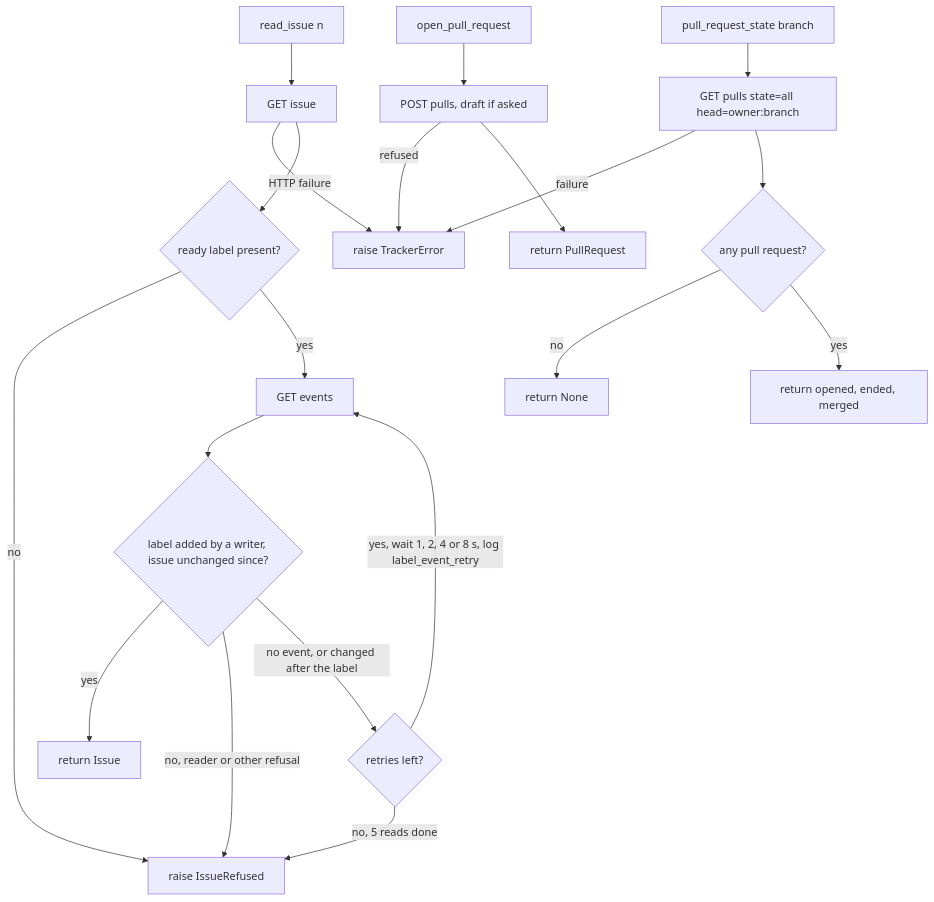
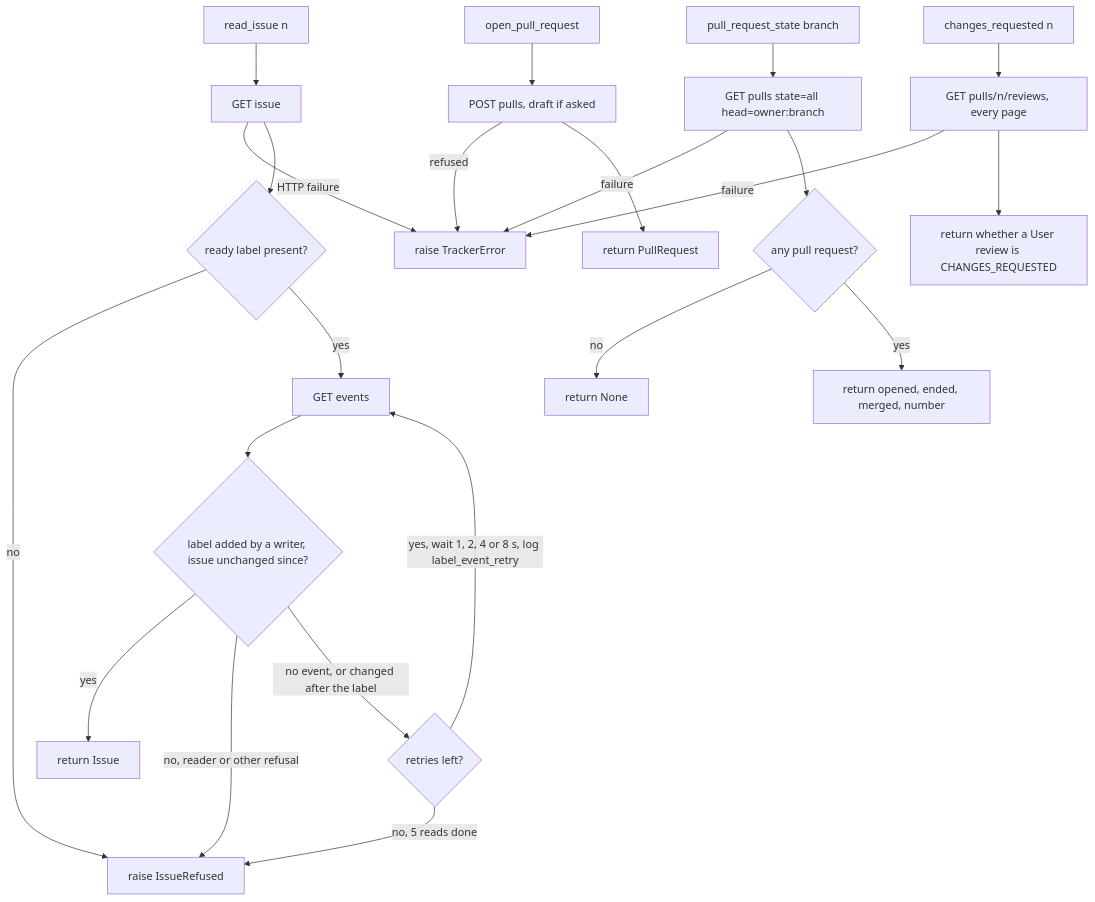
One commit to plaplanche/ariane changed the first of 3 diagrams in docs/architecture/modules/github.md. Above: the diagram before and after it, drawn with Mermaid. The commit also changed other lines of this file and 34 other files, not shown here.

````diff
--- a/docs/architecture/modules/github.md
+++ b/docs/architecture/modules/github.md
@@ -22,22 +23,25 @@
 ```mermaid
 flowchart TD
   A[read_issue n] --> B[GET issue]
   B -- HTTP failure --> X[raise TrackerError]
   B --> C{ready label present?}
   C -- no --> Y[raise IssueRefused]
   C -- yes --> R[GET events]
   R --> D{label added by a writer, issue unchanged since?}
   D -- yes --> E[return Issue]
   D -- no, reader or other refusal --> Y
   D -- no event, or changed after the label --> W{retries left?}
   W -- yes, wait 1, 2, 4 or 8 s, log label_event_retry --> R
   W -- no, 5 reads done --> Y
   F[open_pull_request] --> G[POST pulls, draft if asked]
   G -- refused --> X
   G --> H[return PullRequest]
   I[pull_request_state branch] --> J[GET pulls state=all head=owner:branch]
   J -- failure --> X
   J --> K{any pull request?}
   K -- no --> L[return None]
-  K -- yes --> M[return opened, ended, merged]
+  K -- yes --> M[return opened, ended, merged, number]
+  N[changes_requested n] --> O[GET pulls/n/reviews, every page]
+  O -- failure --> X
+  O --> P[return whether a User review is CHANGES_REQUESTED]
 ```
````
